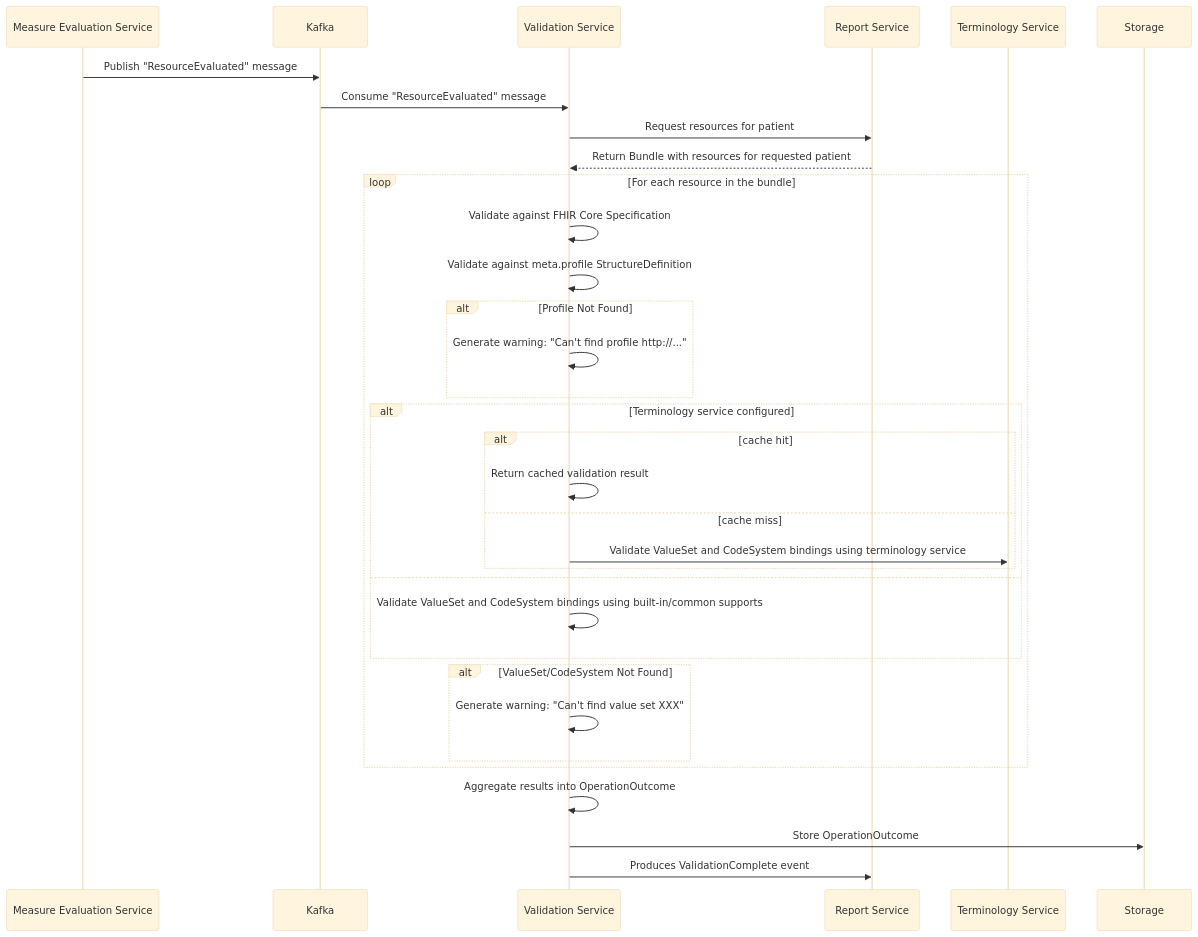
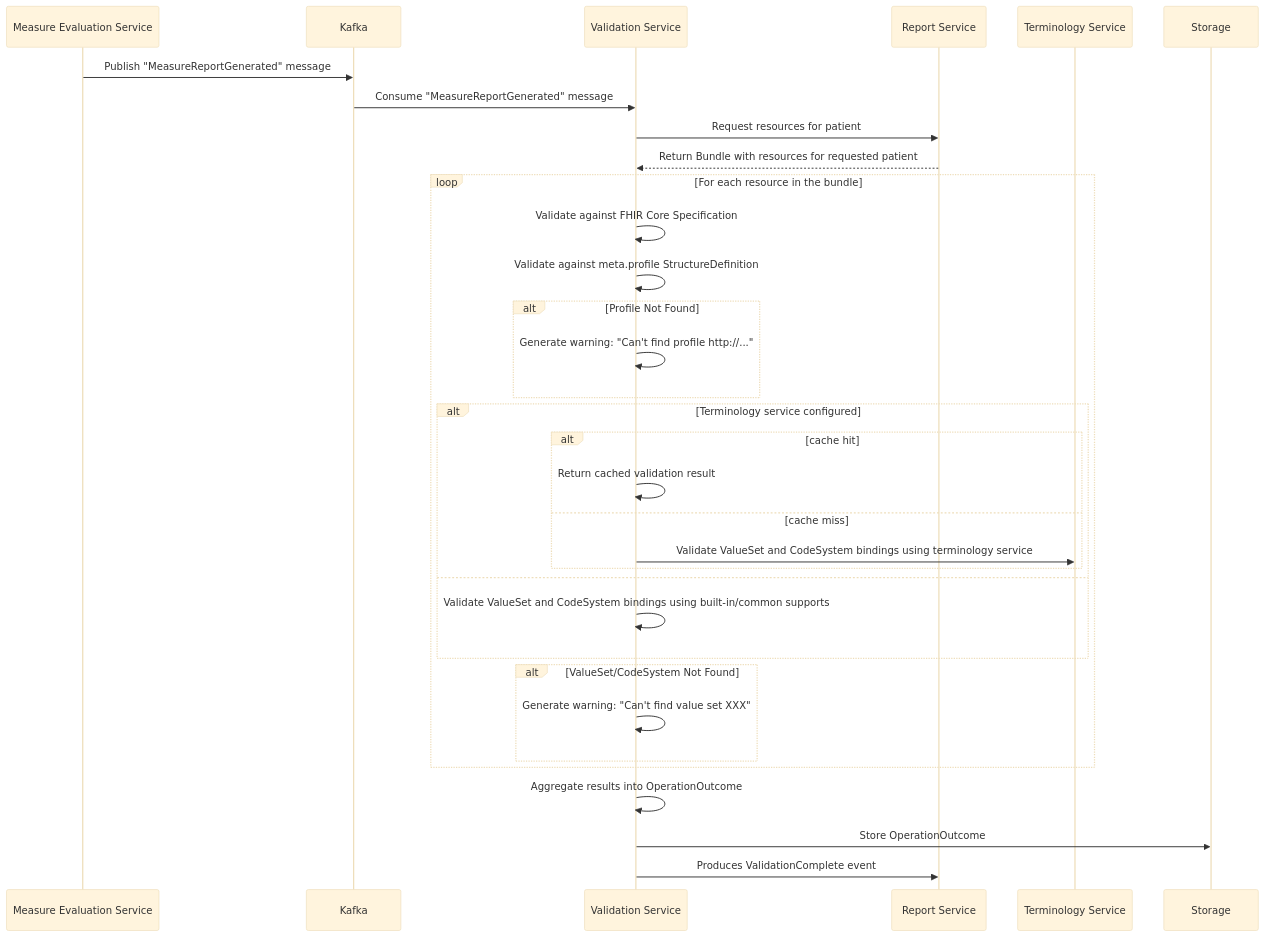
The diagram in docs/domains/Compliance/services/ValidationService/index.mdx (lantanagroup/link-cloud), drawn with Mermaid (base theme) before and after one commit. The commit also changed other lines of this file and 9 other files, not shown here.

Commit message:
Updating documentation for new `MeasureReportGenerated` event Removing old `MeasureEvaluated` event Removing `ResourceEvaluated` event

````diff
--- a/docs/domains/Compliance/services/ValidationService/index.mdx
+++ b/docs/domains/Compliance/services/ValidationService/index.mdx
@@ -186,35 +185,35 @@
 ```mermaid
 sequenceDiagram
     participant MES as Measure Evaluation Service
     participant Kafka as Kafka
     participant VS as Validation Service
     participant RS as Report Service
     participant TX as Terminology Service
 
-    MES->>Kafka: Publish "ResourceEvaluated" message
-    Kafka->>VS: Consume "ResourceEvaluated" message
+    MES->>Kafka: Publish "MeasureReportGenerated" message
+    Kafka->>VS: Consume "MeasureReportGenerated" message
     VS->>RS: Request resources for patient
     RS-->>VS: Return Bundle with resources for requested patient
     loop For each resource in the bundle
         VS->>VS: Validate against FHIR Core Specification
         VS->>VS: Validate against meta.profile StructureDefinition
         alt Profile Not Found
             VS->>VS: Generate warning: "Can't find profile http://..."
         end
         alt Terminology service configured
             alt cache hit
                 VS->>VS: Return cached validation result
             else cache miss
                 VS->>TX: Validate ValueSet and CodeSystem bindings using terminology service
             end
         else
             VS->>VS: Validate ValueSet and CodeSystem bindings using built-in/common supports
         end
         alt ValueSet/CodeSystem Not Found
             VS->>VS: Generate warning: "Can't find value set XXX"
         end
     end
     VS->>VS: Aggregate results into OperationOutcome
     VS->>Storage: Store OperationOutcome
     VS->>RS: Produces ValidationComplete event
 ```
````
